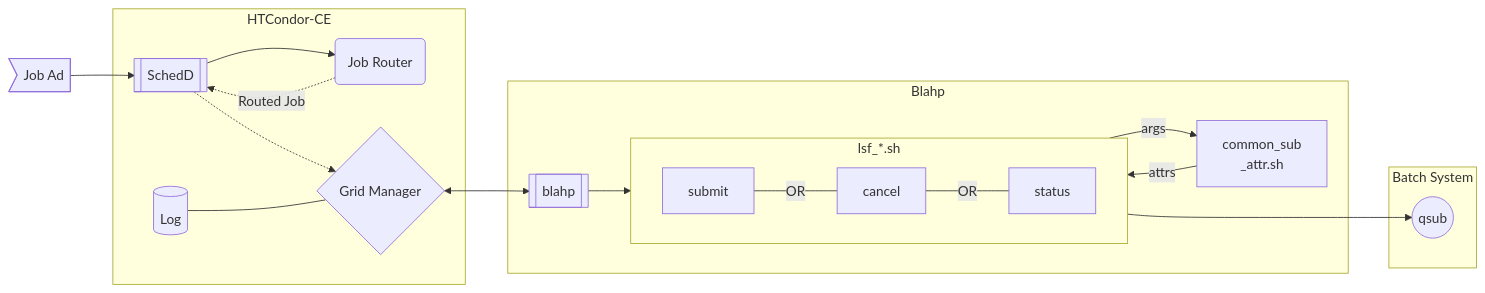
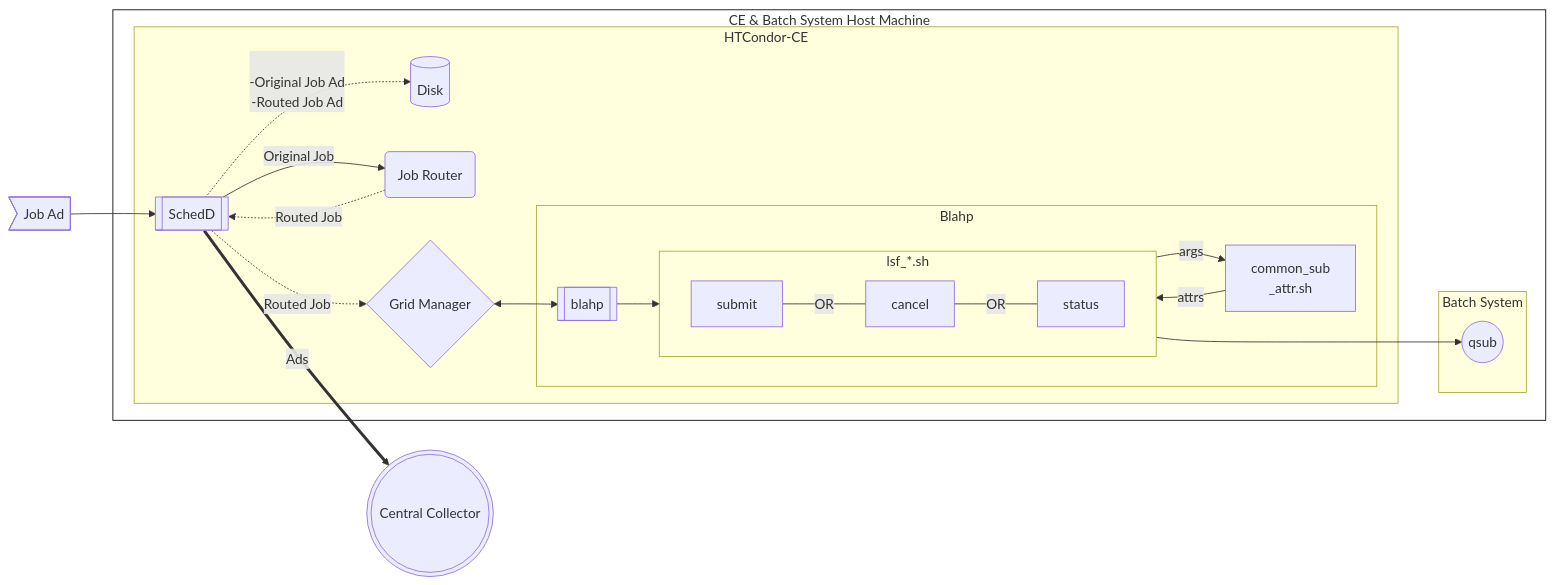
The first of 2 diagrams in README.md (htcondor/htcondor-ce), drawn with Mermaid before and after one commit. The commit also changed other lines of this file, not shown here.

Commit message:
INF-1118: Minor diagram tweaks and README text blobs

````diff
--- a/README.md
+++ b/README.md
@@ -50,47 +58,49 @@
 ``` mermaid
 flowchart LR
 
 %% ID FORMAT:
 %% - External nodes are numbered (0 - 100)
 %% - Internal nodes are alphabetic (A - Z)
 %% - Nodes within nested subgraphs are
 %%   are labelled by double letters (AA - ZZ)
 %% - All subgraph names are capitalized (Blahp)
 %%   while nodes with the same name are lowercase (blahp)
-
-subgraph HTCondor-CE
-	%%direction LR %% Flowchart direction statement overrides statements in connected subgraphs; comment these out.
-	A[[SchedD]] --> B(Job Router)
-	B -. Routed Job .-> A
-	A -.-> C{Grid Manager}
-	D[(Log)] --- C
+subgraph HM[CE & Batch System Host Machine]
+    subgraph HTCondor-CE
+        %%direction LR %% Flowchart direction statement overrides statements in connected subgraphs; comment these out.
+        A[[SchedD]] -- Original Job --> B(Job Router)
+        B -. Routed Job .-> A
+        A -. Routed Job .-> C{Grid Manager}
+        %% Note: Used 1 to place Disk higher in ordering
+        A -. </br>-Original Job Ad</br>-Routed Job Ad .-> 1[(Disk)]
+        subgraph Blahp
+            %%direction LR
+            %% Configure nested subgraphs above internal nodes
+            subgraph lsf_*.sh
+                direction LR %% Set direction of isolated subgraphs
+                AA[submit] ---|OR| BB[cancel]
+                BB ---|OR| CC[status]
+            end
+            E[[blahp]] --> lsf_*.sh
+            F[common_sub</br>_attr.sh] -->|attrs| lsf_*.sh
+            lsf_*.sh -->|args| F
+        end
+    end
+    subgraph Batch System
+        %%direction LR
+        G((qsub))
+    end
 end
-
-subgraph Blahp
-	%%direction LR
-	%% Configure nested subgraphs above internal nodes
-	subgraph lsf_*.sh
-		direction LR %% Set direction of isolated subgraphs
-		AA[submit] ---|OR| BB[cancel]
-		BB ---|OR| CC[status]
-	end
-	E[[blahp]] --> lsf_*.sh
-	F[common_sub</br>_attr.sh] -->|attrs| lsf_*.sh
-	lsf_*.sh -->|args| F
-end
-
-subgraph Batch System
-	%%direction LR
-	G((qsub))
-end
-
 %% -- External Nodes --
 0>Job Ad]
 %% -- External Nodes --
-
 %% -- Subgraph Links --
 C <--> E
 lsf_*.sh ---> G
 0 --> A
+%% Schedd connects to Global Central Collector
+A == Ads ==> Z(((Central Collector)))
+%% Stylize Outer host machine box
+style HM fill:#FFF,stroke:#000
 %% -- Subgraph Links --
 ```
````
